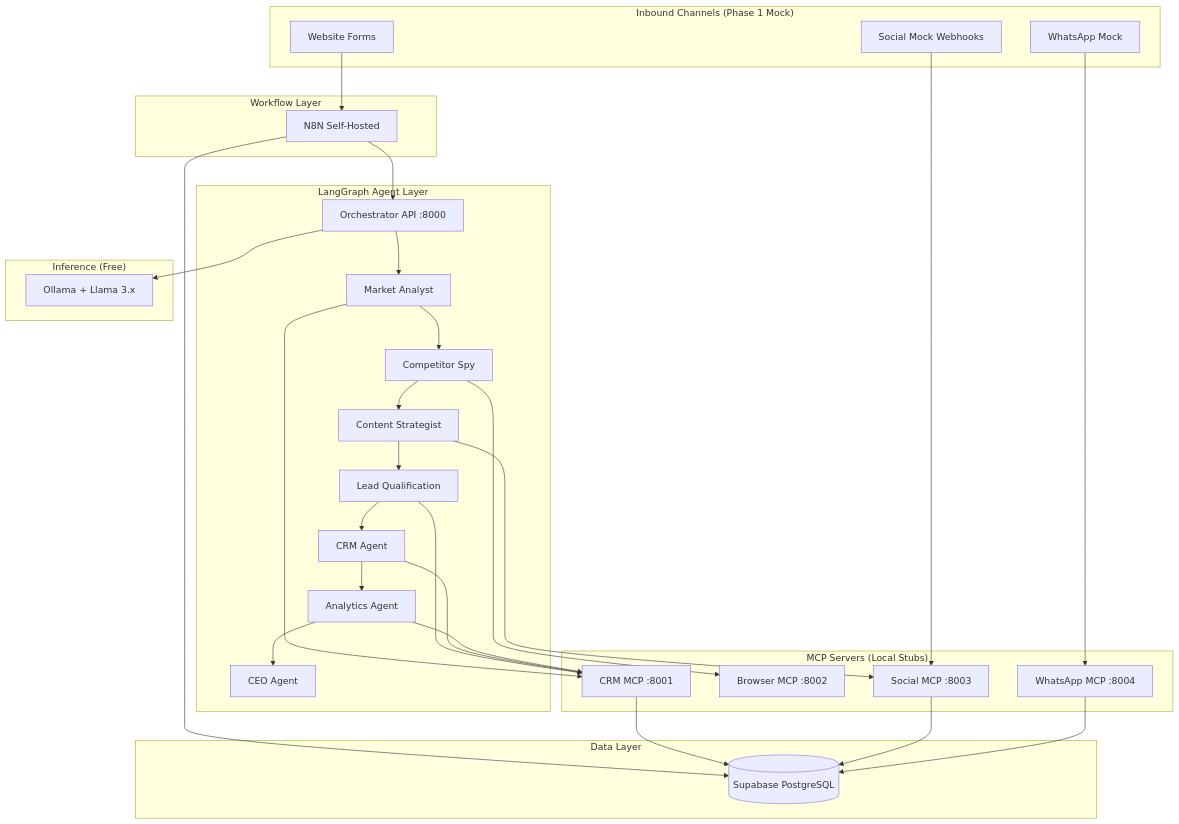
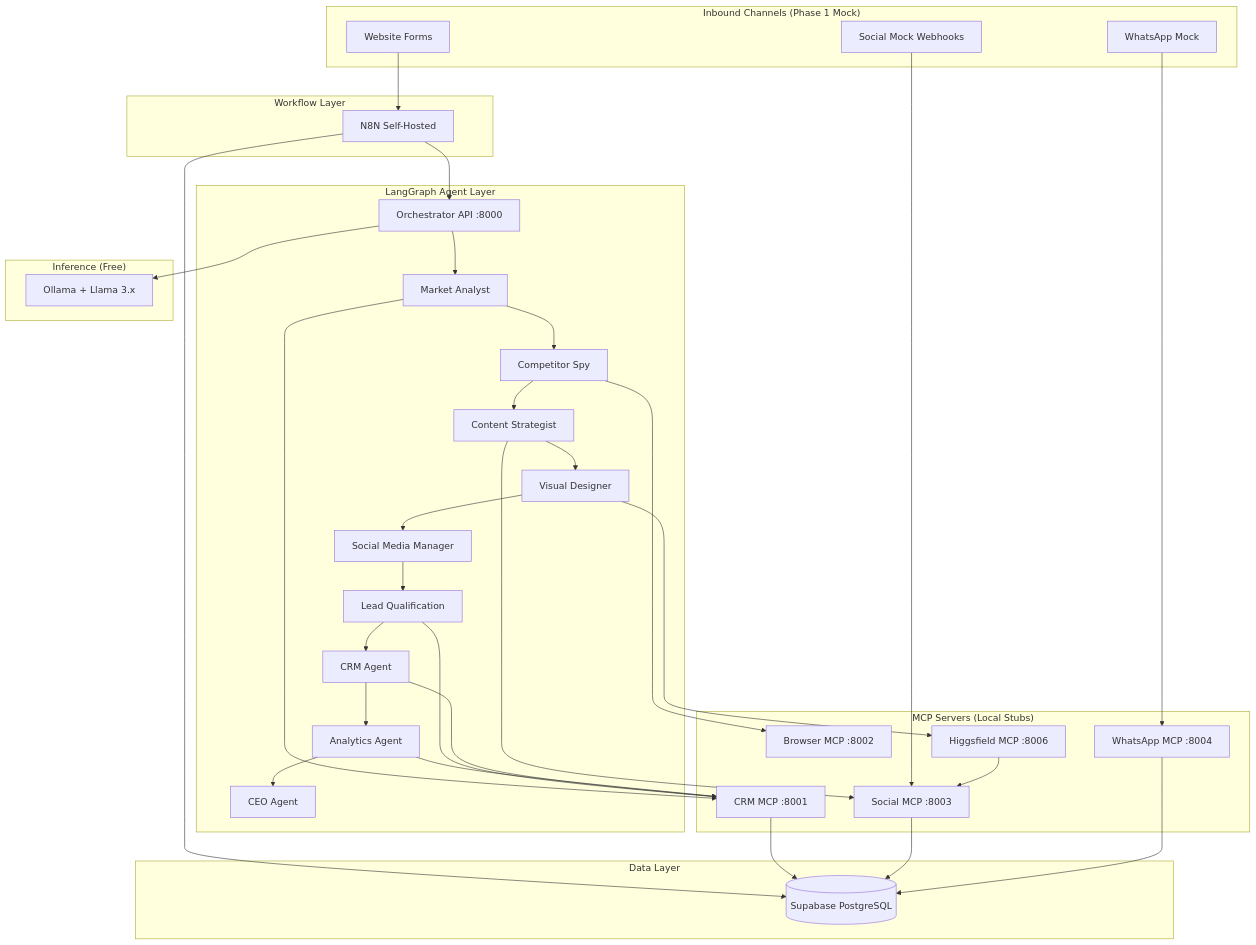
Before and after one commit to narendhrareddi-ship-it/Nivara-AREIS: the first of 2 diagrams in docs/ARCHITECTURE.md, drawn with Mermaid. The commit also changed other lines of this file and 29 other files, not shown here.

First line of the commit message:
Add Phase 2 Higgsfield photo-to-video and social publishing pipeline

````diff
--- a/docs/ARCHITECTURE.md
+++ b/docs/ARCHITECTURE.md
@@ -7,59 +7,64 @@
 ```mermaid
 flowchart TB
     subgraph External["Inbound Channels (Phase 1 Mock)"]
         WEB[Website Forms]
         WA[WhatsApp Mock]
         SOC[Social Mock Webhooks]
     end
 
     subgraph Orchestration["Workflow Layer"]
         N8N[N8N Self-Hosted]
     end
 
     subgraph Agents["LangGraph Agent Layer"]
         CEO[CEO Agent]
         MA[Market Analyst]
         CS[Competitor Spy]
         CT[Content Strategist]
+        VD[Visual Designer]
+        SM[Social Media Manager]
         LQ[Lead Qualification]
         CRM[CRM Agent]
         AN[Analytics Agent]
         ORCH[Orchestrator API :8000]
     end
 
     subgraph MCP["MCP Servers (Local Stubs)"]
         CRM_MCP[CRM MCP :8001]
         BR_MCP[Browser MCP :8002]
         SOC_MCP[Social MCP :8003]
         WA_MCP[WhatsApp MCP :8004]
+        HF_MCP[Higgsfield MCP :8006]
     end
 
     subgraph Data["Data Layer"]
         SB[(Supabase PostgreSQL)]
     end
 
     subgraph LLM["Inference (Free)"]
         OLL[Ollama + Llama 3.x]
     end
 
     WEB --> N8N
     WA --> WA_MCP
     SOC --> SOC_MCP
 
     N8N --> ORCH
     N8N --> SB
 
-    ORCH --> MA --> CS --> CT --> LQ --> CRM --> AN --> CEO
+    ORCH --> MA --> CS --> CT --> VD --> SM --> LQ --> CRM --> AN --> CEO
     ORCH --> OLL
 
     MA --> CRM_MCP
     CS --> BR_MCP
     LQ --> CRM_MCP
     CRM --> CRM_MCP
     AN --> CRM_MCP
     CT --> SOC_MCP
+    VD --> HF_MCP
+    HF_MCP --> SOC_MCP
 
     CRM_MCP --> SB
     SOC_MCP --> SB
     WA_MCP --> SB
 ```
````
